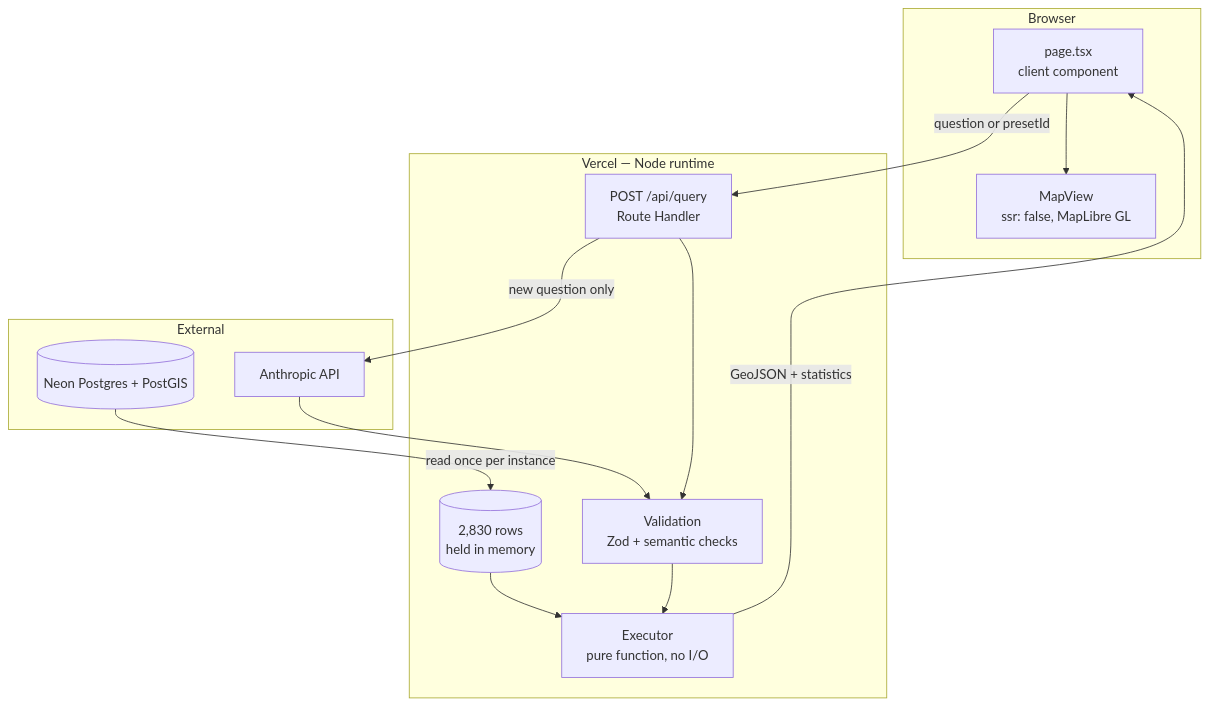
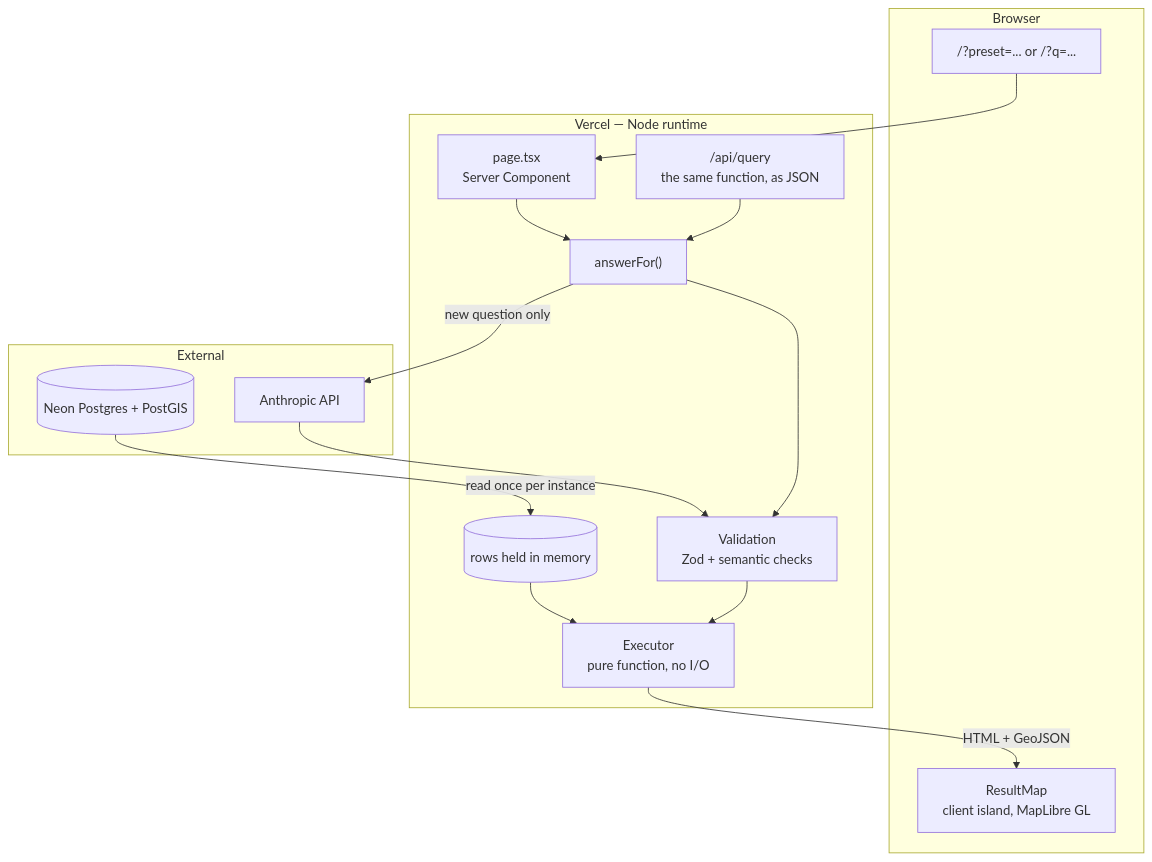
One commit to Changliu53/catchment changed the diagram in README.md. Above: the diagram before and after it, drawn with Mermaid. The commit also changed other lines of this file and 21 other files, not shown here.

````diff
--- a/README.md
+++ b/README.md
@@ -22,29 +22,32 @@
 ```mermaid
 flowchart TB
   subgraph browser["Browser"]
-    UI["page.tsx<br/>client component"]
-    MAP["MapView<br/>ssr: false, MapLibre GL"]
+    URL["/?preset=... or /?q=..."]
+    MAP["ResultMap<br/>client island, MapLibre GL"]
   end
 
   subgraph server["Vercel — Node runtime"]
-    API["POST /api/query<br/>Route Handler"]
+    PAGE["page.tsx<br/>Server Component"]
+    ANS["answerFor()"]
     VAL["Validation<br/>Zod + semantic checks"]
     EXE["Executor<br/>pure function, no I/O"]
-    MEM[("2,830 rows<br/>held in memory")]
+    MEM[("rows held in memory")]
+    API["/api/query<br/>the same function, as JSON"]
   end
 
   subgraph ext["External"]
     DB[("Neon Postgres + PostGIS")]
     LLM["Anthropic API"]
   end
 
-  UI -->|"question or presetId"| API
-  API -->|"new question only"| LLM
+  URL --> PAGE
+  PAGE --> ANS
+  API --> ANS
+  ANS -->|"new question only"| LLM
   LLM --> VAL
-  API --> VAL
+  ANS --> VAL
   VAL --> EXE
   MEM --> EXE
   DB -->|"read once per instance"| MEM
-  EXE -->|"GeoJSON + statistics"| UI
-  UI --> MAP
+  EXE -->|"HTML + GeoJSON"| MAP
 ```
````
